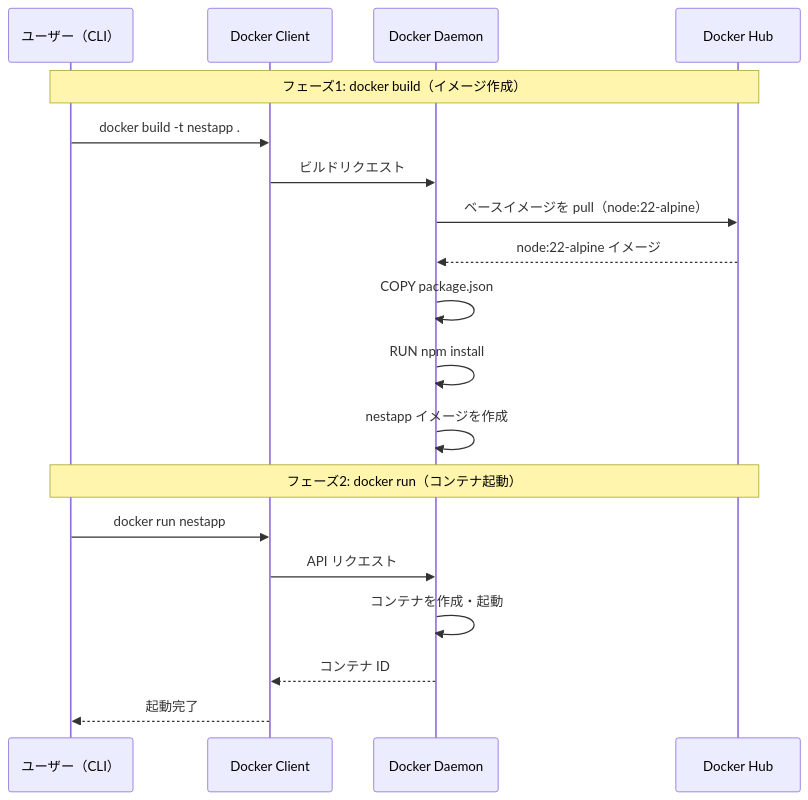
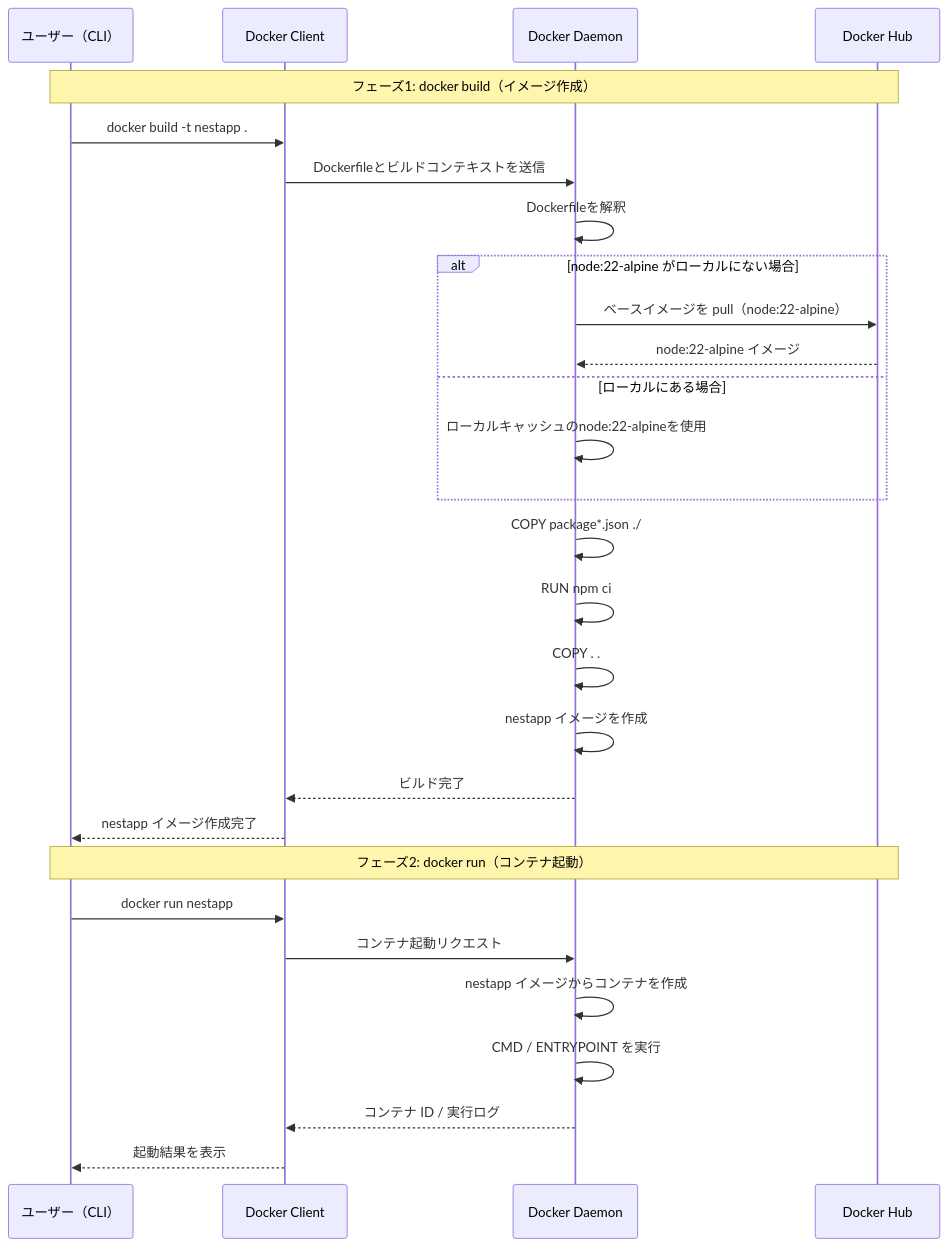
The third of 3 diagrams in インフラ/docker/基礎.md (yassan16/document-management), drawn with Mermaid before and after one commit. The commit also changed other lines of this file, not shown here.

Commit message:
シーケンス図を詳細化し番号付き手順と2.5プレースホルダーを追加

````diff
--- a/インフラ/docker/基礎.md
+++ b/インフラ/docker/基礎.md
@@ -217,23 +222,34 @@
 ```mermaid
 sequenceDiagram
     participant User as ユーザー（CLI）
     participant Client as Docker Client
     participant Daemon as Docker Daemon
     participant Registry as Docker Hub
 
     Note over User,Registry: フェーズ1: docker build（イメージ作成）
     User->>Client: docker build -t nestapp .
-    Client->>Daemon: ビルドリクエスト
-    Daemon->>Registry: ベースイメージを pull（node:22-alpine）
-    Registry-->>Daemon: node:22-alpine イメージ
-    Daemon->>Daemon: COPY package.json
-    Daemon->>Daemon: RUN npm install
+    Client->>Daemon: Dockerfileとビルドコンテキストを送信
+    Daemon->>Daemon: Dockerfileを解釈
+
+    alt node:22-alpine がローカルにない場合
+        Daemon->>Registry: ベースイメージを pull（node:22-alpine）
+        Registry-->>Daemon: node:22-alpine イメージ
+    else ローカルにある場合
+        Daemon->>Daemon: ローカルキャッシュのnode:22-alpineを使用
+    end
+
+    Daemon->>Daemon: COPY package*.json ./
+    Daemon->>Daemon: RUN npm ci
+    Daemon->>Daemon: COPY . .
     Daemon->>Daemon: nestapp イメージを作成
+    Daemon-->>Client: ビルド完了
+    Client-->>User: nestapp イメージ作成完了
 
     Note over User,Registry: フェーズ2: docker run（コンテナ起動）
     User->>Client: docker run nestapp
-    Client->>Daemon: API リクエスト
-    Daemon->>Daemon: コンテナを作成・起動
-    Daemon-->>Client: コンテナ ID
-    Client-->>User: 起動完了
+    Client->>Daemon: コンテナ起動リクエスト
+    Daemon->>Daemon: nestapp イメージからコンテナを作成
+    Daemon->>Daemon: CMD / ENTRYPOINT を実行
+    Daemon-->>Client: コンテナ ID / 実行ログ
+    Client-->>User: 起動結果を表示
 ```
````
